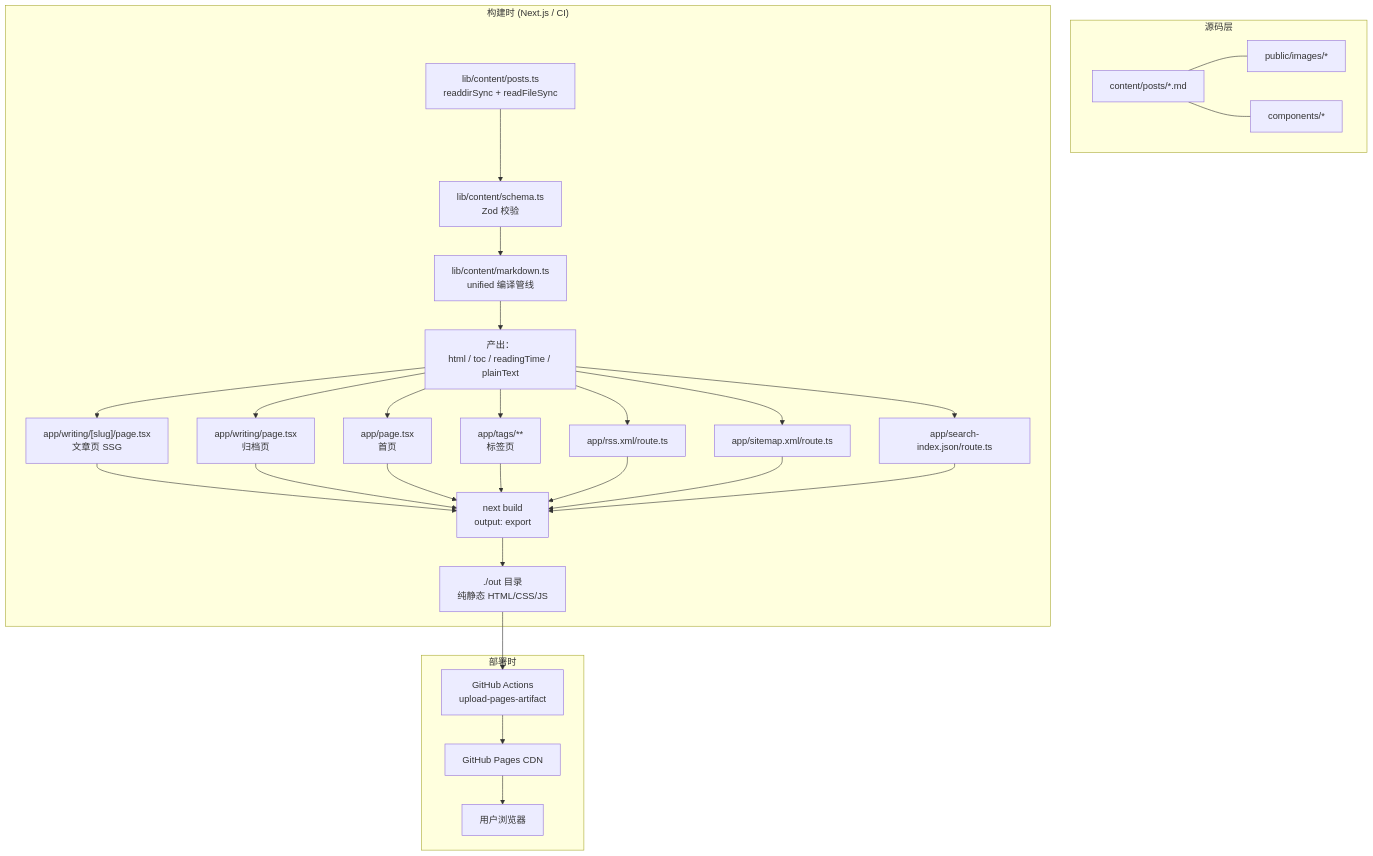
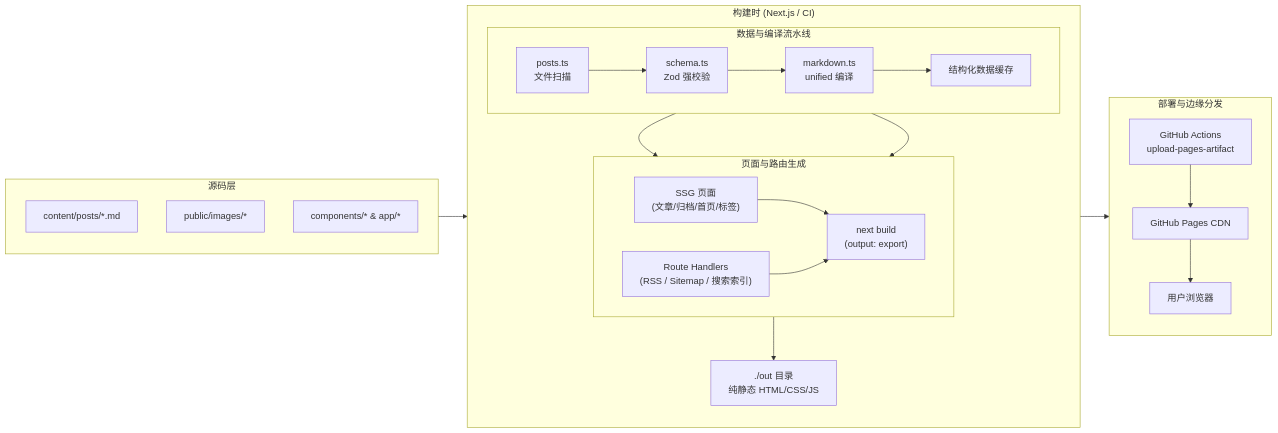
Before and after one commit to MoreConsequence/MoreConsequence.github.io: the seventh of 7 diagrams in content/posts/distributed-systems/inside-my-markdown-blog-architecture.md, drawn with Mermaid. The commit also changed other lines of this file and 835 other files, not shown here.

First line of the commit message:
feat(blog): 全站33篇新增深度专栏与博文全量审核上线及矢量图表优化

````diff
--- a/content/posts/distributed-systems/inside-my-markdown-blog-architecture.md
+++ b/content/posts/distributed-systems/inside-my-markdown-blog-architecture.md
@@ -432,32 +431,37 @@
 ```mermaid
-graph TB
+flowchart LR
     subgraph Source["源码层"]
-        A["content/posts/*.md"] --- A2["public/images/*"]
-        A --- A3["components/*"]
+        direction TB
+        A["content/posts/*.md"]
+        A2["public/images/*"]
+        A3["components/* & app/*"]
     end
 
     subgraph Build["构建时 (Next.js / CI)"]
-        B["lib/content/posts.ts<br/>readdirSync + readFileSync"] --> B2["lib/content/schema.ts<br/>Zod 校验"]
-        B2 --> B3["lib/content/markdown.ts<br/>unified 编译管线"]
-        B3 --> B4["产出：<br/>html / toc / readingTime / plainText"]
+        direction TB
+        subgraph Pipeline["数据与编译流水线"]
+            direction LR
+            B["posts.ts<br/>文件扫描"] --> B2["schema.ts<br/>Zod 强校验"]
+            B2 --> B3["markdown.ts<br/>unified 编译"]
+            B3 --> B4["结构化数据缓存"]
+        end
 
-        B4 --> R1["app/writing/[slug]/page.tsx<br/>文章页 SSG"]
-        B4 --> R2["app/writing/page.tsx<br/>归档页"]
-        B4 --> R3["app/page.tsx<br/>首页"]
-        B4 --> R4["app/tags/**<br/>标签页"]
-
-        B4 --> D1["app/rss.xml/route.ts"]
-        B4 --> D2["app/sitemap.xml/route.ts"]
-        B4 --> D3["app/search-index.json/route.ts"]
-
-        R1 & R2 & R3 & R4 --> NEXT["next build<br/>output: export"]
-        D1 & D2 & D3 --> NEXT
+        subgraph Outputs["页面与路由生成"]
+            direction LR
+            B4 --> P1["SSG 页面<br/>(文章/归档/首页/标签)"]
+            B4 --> P2["Route Handlers<br/>(RSS / Sitemap / 搜索索引)"]
+            P1 --> NEXT["next build<br/>(output: export)"]
+            P2 --> NEXT
+        end
         NEXT --> OUT["./out 目录<br/>纯静态 HTML/CSS/JS"]
     end
 
-    subgraph Deploy["部署时"]
+    subgraph Deploy["部署与边缘分发"]
+        direction TB
         OUT --> GH["GitHub Actions<br/>upload-pages-artifact"]
         GH --> GP["GitHub Pages CDN"]
         GP --> USER["用户浏览器"]
     end
+
+    Source --> Build
 ```
````
